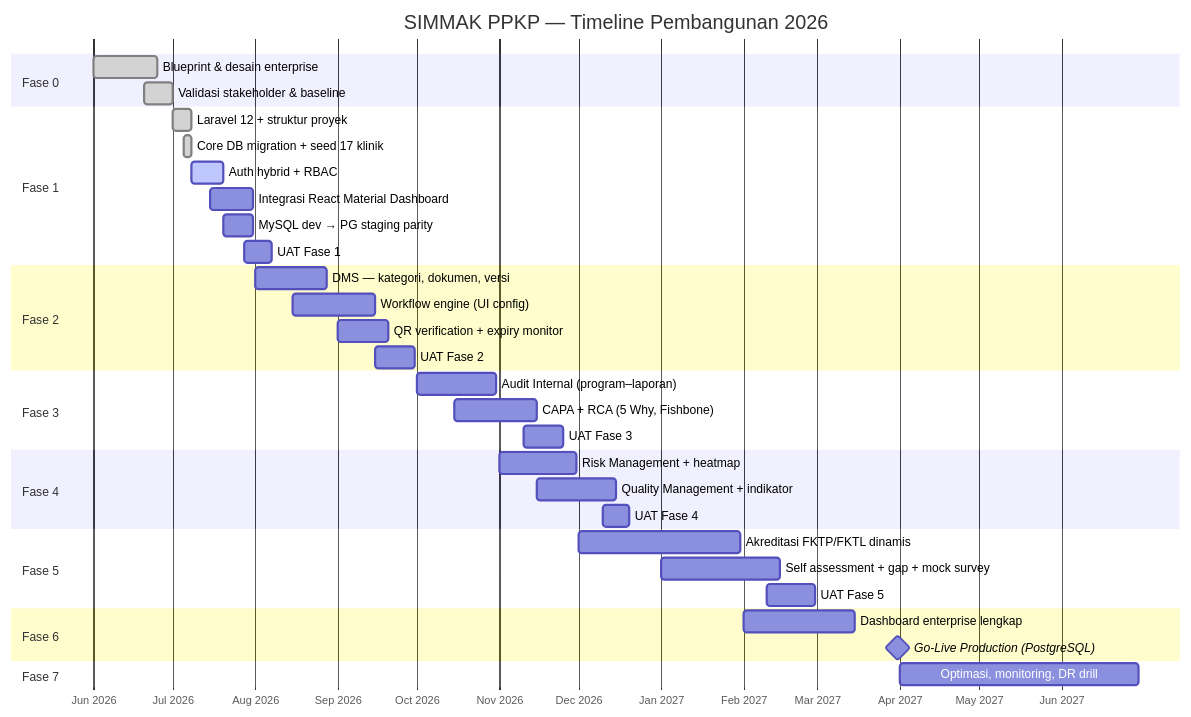
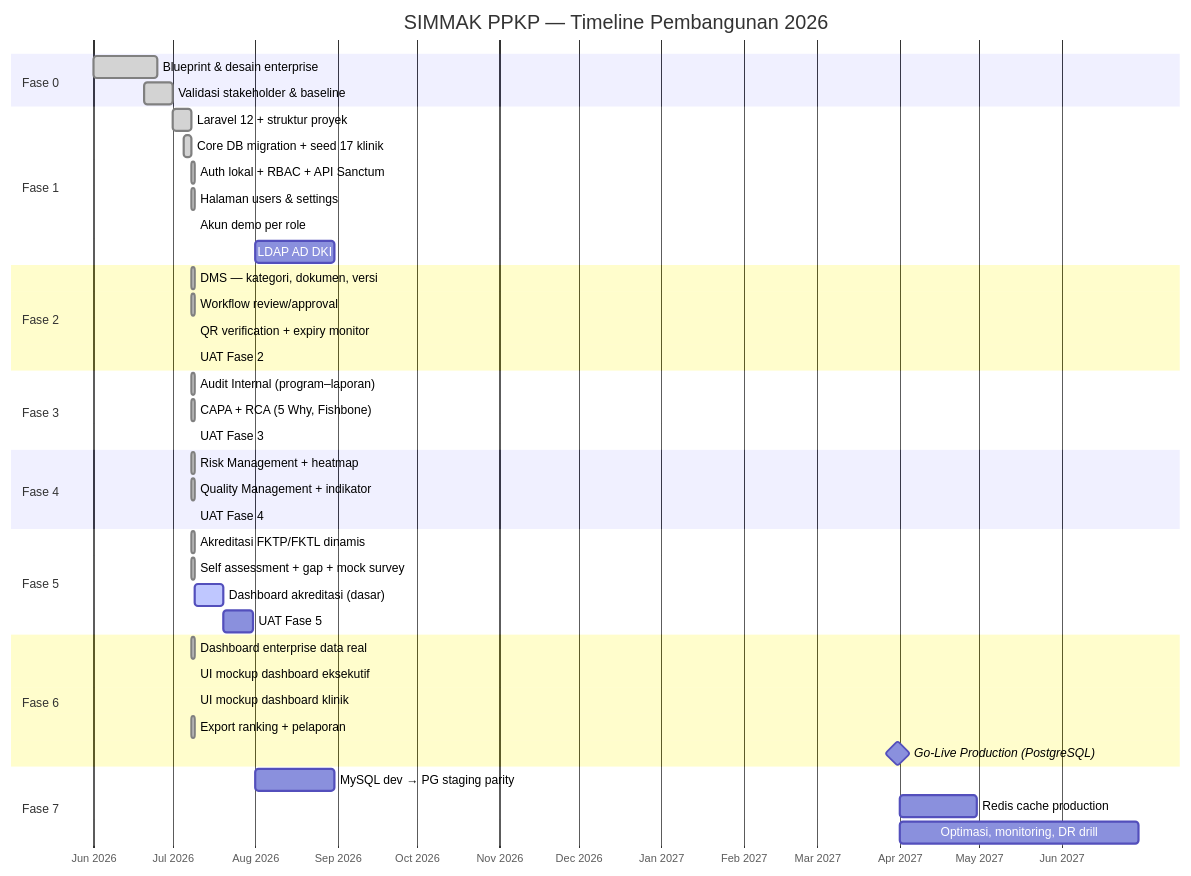
The diagram in docs/PROGRESS_TIMELINE.md (fadil0701/simmak-ppkp), drawn with Mermaid before and after one commit. The commit also changed other lines of this file and 292 other files, not shown here.

````diff
--- a/docs/PROGRESS_TIMELINE.md
+++ b/docs/PROGRESS_TIMELINE.md
@@ -115,46 +99,52 @@
 ```mermaid
 gantt
     title SIMMAK PPKP — Timeline Pembangunan 2026
     dateFormat  YYYY-MM-DD
     axisFormat  %b %Y
 
     section Fase 0
     Blueprint & desain enterprise     :done, f0a, 2026-06-01, 2026-06-25
     Validasi stakeholder & baseline   :done, f0b, 2026-06-20, 2026-07-01
 
     section Fase 1
     Laravel 12 + struktur proyek      :done, f1a, 2026-07-01, 2026-07-08
     Core DB migration + seed 17 klinik :done, f1b, 2026-07-05, 2026-07-08
-    Auth hybrid + RBAC                :active, f1c, 2026-07-08, 2026-07-20
-    Integrasi React Material Dashboard :f1d, 2026-07-15, 2026-07-31
-    MySQL dev → PG staging parity     :f1e, 2026-07-20, 2026-07-31
-    UAT Fase 1                        :f1f, 2026-07-28, 2026-08-07
+    Auth lokal + RBAC + API Sanctum    :done, f1c, 2026-07-08, 2026-07-09
+    Halaman users & settings           :done, f1d, 2026-07-08, 2026-07-09
+    Akun demo per role                 :done, f1e, 2026-07-09, 2026-07-09
+    LDAP AD DKI                        :f1f, 2026-08-01, 2026-08-31
 
     section Fase 2
-    DMS — kategori, dokumen, versi    :f2a, 2026-08-01, 2026-08-28
-    Workflow engine (UI config)       :f2b, 2026-08-15, 2026-09-15
-    QR verification + expiry monitor  :f2c, 2026-09-01, 2026-09-20
-    UAT Fase 2                        :f2d, 2026-09-15, 2026-09-30
+    DMS — kategori, dokumen, versi    :done, f2a, 2026-07-08, 2026-07-09
+    Workflow review/approval          :done, f2b, 2026-07-08, 2026-07-09
+    QR verification + expiry monitor  :done, f2c, 2026-07-09, 2026-07-09
+    UAT Fase 2                        :done, f2d, 2026-07-09, 2026-07-09
 
     section Fase 3
-    Audit Internal (program–laporan)  :f3a, 2026-10-01, 2026-10-31
-    CAPA + RCA (5 Why, Fishbone)      :f3b, 2026-10-15, 2026-11-15
-    UAT Fase 3                        :f3c, 2026-11-10, 2026-11-25
+    Audit Internal (program–laporan)  :done, f3a, 2026-07-08, 2026-07-09
+    CAPA + RCA (5 Why, Fishbone)      :done, f3b, 2026-07-08, 2026-07-09
+    UAT Fase 3                        :done, f3c, 2026-07-09, 2026-07-09
 
     section Fase 4
-    Risk Management + heatmap         :f4a, 2026-11-01, 2026-11-30
-    Quality Management + indikator    :f4b, 2026-11-15, 2026-12-15
-    UAT Fase 4                        :f4c, 2026-12-10, 2026-12-20
+    Risk Management + heatmap         :done, f4a, 2026-07-08, 2026-07-09
+    Quality Management + indikator    :done, f4b, 2026-07-08, 2026-07-09
+    UAT Fase 4                        :done, f4c, 2026-07-09, 2026-07-09
 
     section Fase 5
-    Akreditasi FKTP/FKTL dinamis      :f5a, 2026-12-01, 2027-01-31
-    Self assessment + gap + mock survey :f5b, 2027-01-01, 2027-02-15
-    UAT Fase 5                        :f5c, 2027-02-10, 2027-02-28
+    Akreditasi FKTP/FKTL dinamis      :done, f5a, 2026-07-08, 2026-07-09
+    Self assessment + gap + mock survey :done, f5b, 2026-07-08, 2026-07-09
+    Dashboard akreditasi (dasar)      :active, f5c, 2026-07-09, 2026-07-20
+    UAT Fase 5                        :f5d, 2026-07-20, 2026-07-31
 
     section Fase 6
-    Dashboard enterprise lengkap      :f6a, 2027-02-01, 2027-03-15
+    Dashboard enterprise data real    :done, f6a, 2026-07-08, 2026-07-09
+    UI mockup dashboard eksekutif     :done, f6b, 2026-07-09, 2026-07-09
+    UI mockup dashboard klinik        :done, f6c, 2026-07-09, 2026-07-09
+    Export ranking + pelaporan        :done, f6d, 2026-07-08, 2026-07-09
     Go-Live Production (PostgreSQL)   :milestone, golive, 2027-03-31, 0d
 
     section Fase 7
-    Optimasi, monitoring, DR drill    :f7a, 2027-04-01, 2027-06-30
+    MySQL dev → PG staging parity     :f7a, 2026-08-01, 2026-08-31
+    Redis cache production            :f7b, 2027-04-01, 2027-04-30
+    Optimasi, monitoring, DR drill    :f7c, 2027-04-01, 2027-06-30
 ```
````
